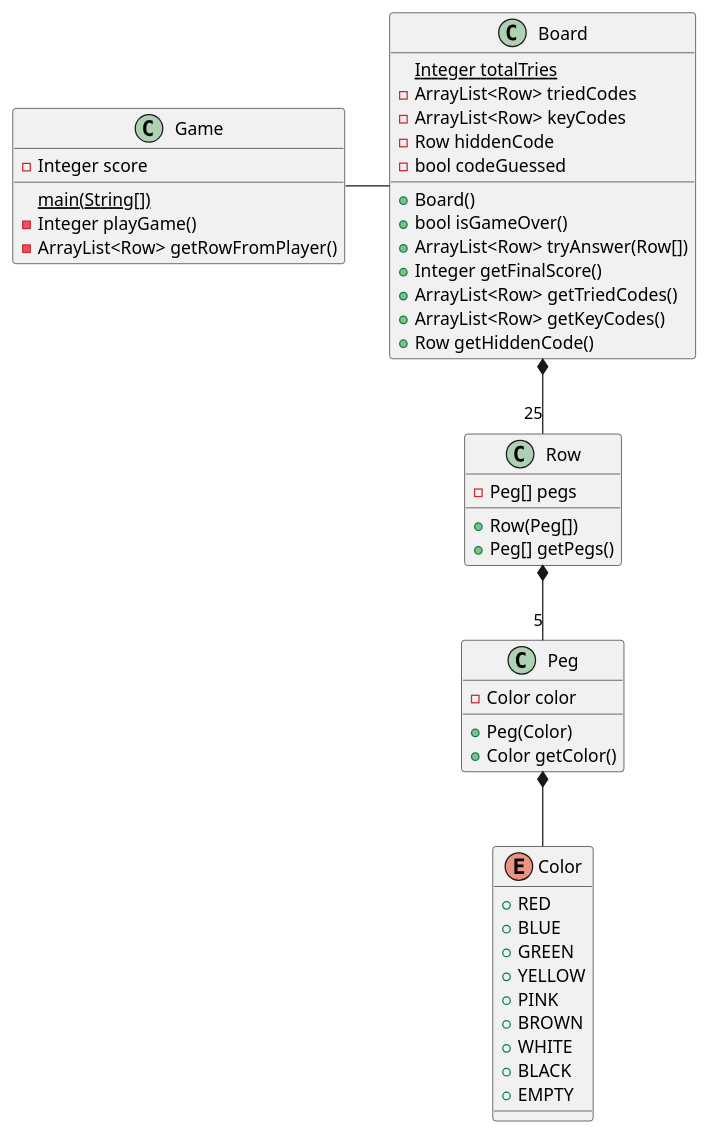
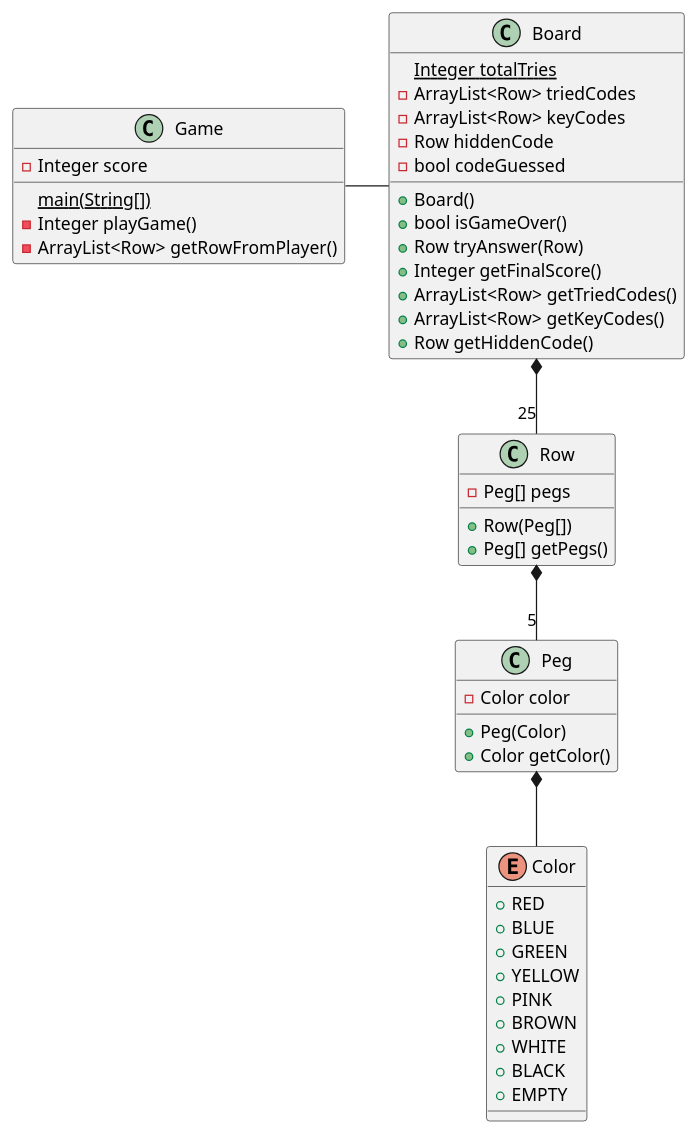
The diagram in mastermind/docs/uml.md (Molter73/oop-uni), drawn with PlantUML before and after one commit. The commit also changed 12 other files, not shown here.

```diff
--- a/mastermind/docs/uml.md
+++ b/mastermind/docs/uml.md
@@ -1,53 +1,53 @@
 @startuml
 enum Color {
     +RED
     +BLUE
     +GREEN
     +YELLOW
     +PINK
     +BROWN
     +WHITE
     +BLACK
     +EMPTY
 }
 
 class Peg {
     -Color color
     +Peg(Color)
     +Color getColor()
 }
 
 class Row {
     -Peg[] pegs
     +Row(Peg[])
     +Peg[] getPegs()
 }
 
 class Board {
     {static} Integer totalTries
     -ArrayList<Row> triedCodes
     -ArrayList<Row> keyCodes
     -Row hiddenCode
     -bool codeGuessed
     +Board()
     +bool isGameOver()
-    +ArrayList<Row> tryAnswer(Row[])
+    +Row tryAnswer(Row)
     +Integer getFinalScore()
     +ArrayList<Row> getTriedCodes()
     +ArrayList<Row> getKeyCodes()
     +Row getHiddenCode()
 }
 
 class Game {
     -Integer score
     {static} main(String[])
     -Integer playGame()
     -ArrayList<Row> getRowFromPlayer()
 }
 
 Game -right- Board
 Board *-- "25" Row
 Row *-- "5" Peg
 Peg *-- Color
 
 @enduml
```
